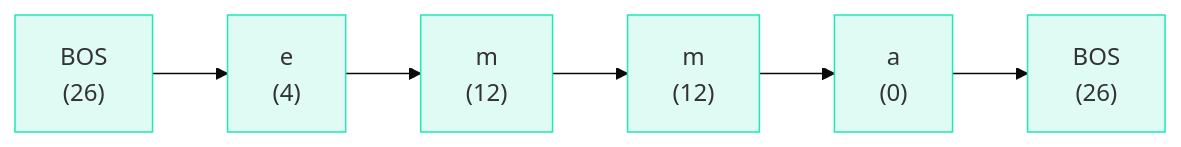
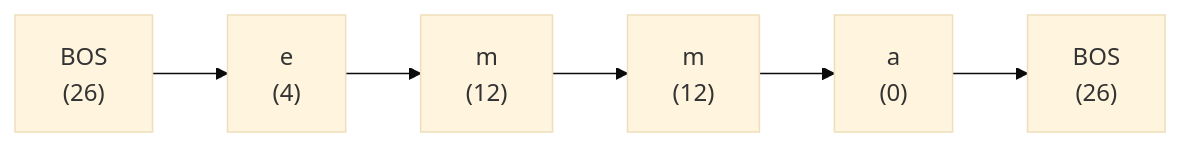
One commit to iamkhalid2/microgpt-course changed the diagram in docs/01-data-and-tokenization/02-the-bos-token.md. Above: the diagram before and after it, drawn with Mermaid (base theme). The commit also changed 20 other files, not shown here.

Commit message:
Remove all inline Mermaid styles - let theme handle colors natively

````diff
--- a/docs/01-data-and-tokenization/02-the-bos-token.md
+++ b/docs/01-data-and-tokenization/02-the-bos-token.md
@@ -43,11 +43,4 @@
 ```mermaid
 flowchart LR
     B1["BOS<br>(26)"] --> E["e<br>(4)"] --> M1["m<br>(12)"] --> M2["m<br>(12)"] --> A["a<br>(0)"] --> B2["BOS<br>(26)"]
-
-    style B1 fill:#e0faf4,stroke:#1de9b6
-    style E fill:#e0faf4,stroke:#1de9b6
-    style M1 fill:#e0faf4,stroke:#1de9b6
-    style M2 fill:#e0faf4,stroke:#1de9b6
-    style A fill:#e0faf4,stroke:#1de9b6
-    style B2 fill:#e0faf4,stroke:#1de9b6
 ```
````
